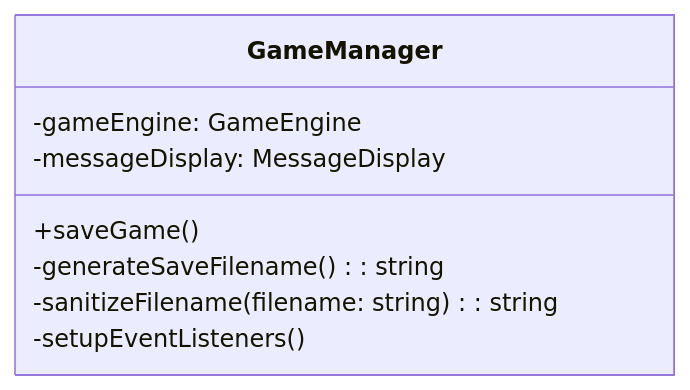
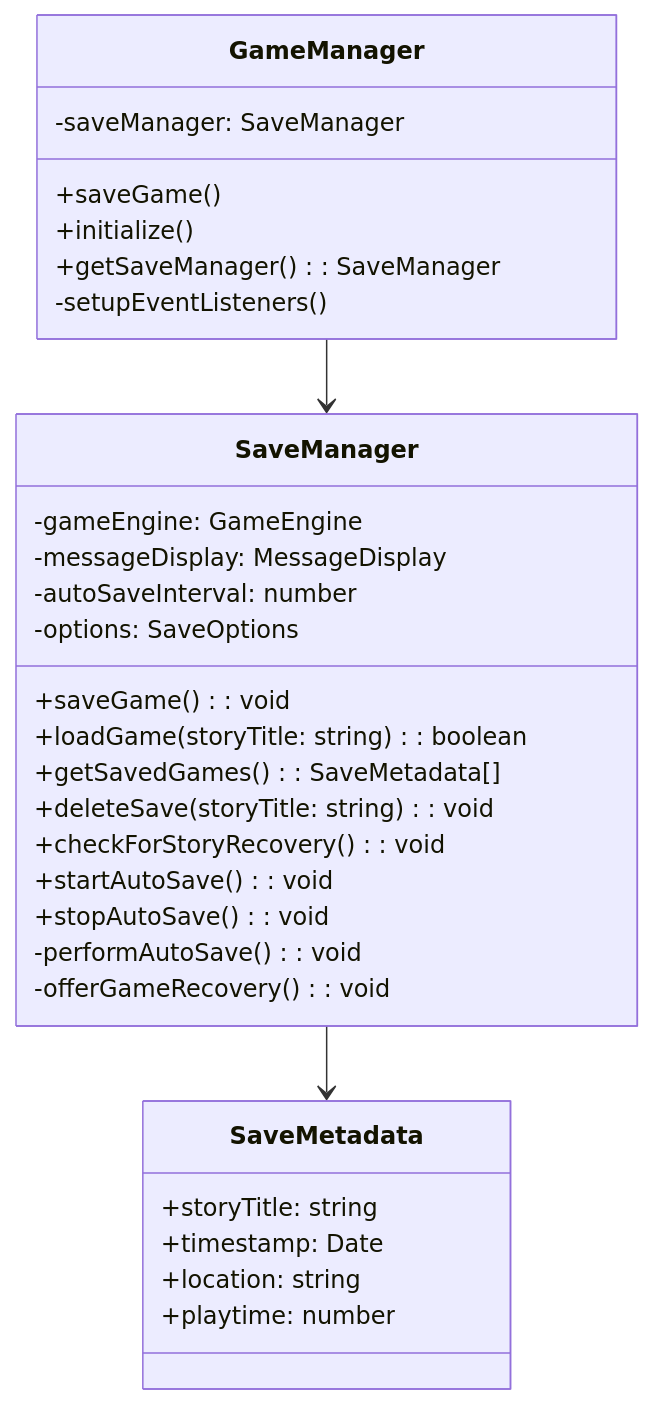
Before and after one commit to indraastra/iffy: the seventh of 16 diagrams in docs/ui-components.md, drawn with Mermaid. The commit also changed other lines of this file and 1 other file, not shown here.

````diff
--- a/docs/ui-components.md
+++ b/docs/ui-components.md
@@ -168,11 +216,36 @@
 ```mermaid
 classDiagram
     class GameManager {
+        -saveManager: SaveManager
+        +saveGame()
+        +initialize()
+        +getSaveManager(): SaveManager
+        -setupEventListeners()
+    }
+    
+    class SaveManager {
         -gameEngine: GameEngine
         -messageDisplay: MessageDisplay
-        +saveGame()
-        -generateSaveFilename(): string
-        -sanitizeFilename(filename: string): string
-        -setupEventListeners()
+        -autoSaveInterval: number
+        -options: SaveOptions
+        +saveGame(): void
+        +loadGame(storyTitle: string): boolean
+        +getSavedGames(): SaveMetadata[]
+        +deleteSave(storyTitle: string): void
+        +checkForStoryRecovery(): void
+        +startAutoSave(): void
+        +stopAutoSave(): void
+        -performAutoSave(): void
+        -offerGameRecovery(): void
     }
+    
+    class SaveMetadata {
+        +storyTitle: string
+        +timestamp: Date
+        +location: string
+        +playtime: number
+    }
+    
+    GameManager --> SaveManager
+    SaveManager --> SaveMetadata
 ```
````
